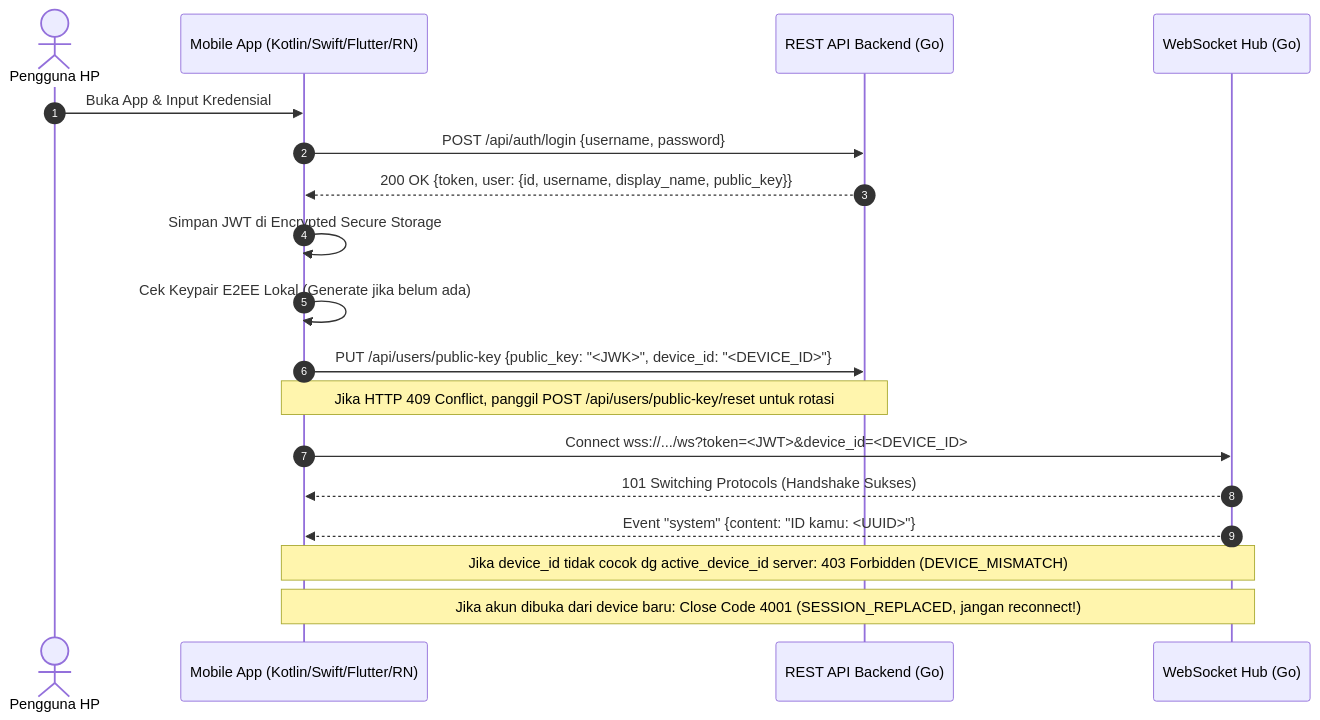
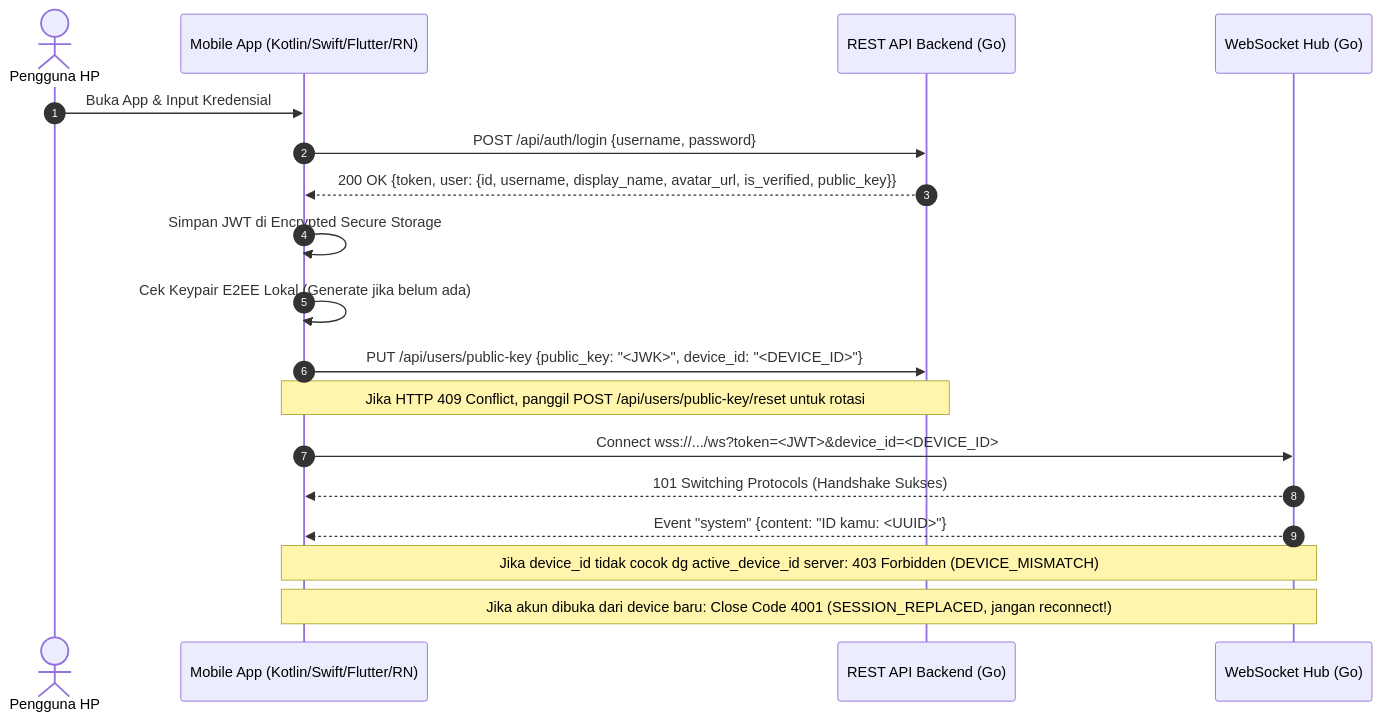
Before and after one commit to mhdarifsetiawan01/wuzz-chat: the diagram in docs/MOBILE_INTEGRATION_GUIDE.md, drawn with Mermaid. The commit also changed 20 other files, not shown here.

Commit message:
feat: redesign ProfileModal with AvatarStudio, VerifiedBadge, and real-time avatar sync

````diff
--- a/docs/MOBILE_INTEGRATION_GUIDE.md
+++ b/docs/MOBILE_INTEGRATION_GUIDE.md
@@ -28,21 +28,21 @@
 ```mermaid
 sequenceDiagram
     autonumber
     actor User as Pengguna HP
     participant App as Mobile App (Kotlin/Swift/Flutter/RN)
     participant REST as REST API Backend (Go)
     participant WS as WebSocket Hub (Go)
 
     User->>App: Buka App & Input Kredensial
     App->>REST: POST /api/auth/login {username, password}
-    REST-->>App: 200 OK {token, user: {id, username, display_name, public_key}}
+    REST-->>App: 200 OK {token, user: {id, username, display_name, avatar_url, is_verified, public_key}}
     App->>App: Simpan JWT di Encrypted Secure Storage
     App->>App: Cek Keypair E2EE Lokal (Generate jika belum ada)
     App->>REST: PUT /api/users/public-key {public_key: "<JWK>", device_id: "<DEVICE_ID>"}
     Note over App,REST: Jika HTTP 409 Conflict, panggil POST /api/users/public-key/reset untuk rotasi
     App->>WS: Connect wss://.../ws?token=<JWT>&device_id=<DEVICE_ID>
     WS-->>App: 101 Switching Protocols (Handshake Sukses)
     WS-->>App: Event "system" {content: "ID kamu: <UUID>"}
     Note over App,WS: Jika device_id tidak cocok dg active_device_id server: 403 Forbidden (DEVICE_MISMATCH)
     Note over App,WS: Jika akun dibuka dari device baru: Close Code 4001 (SESSION_REPLACED, jangan reconnect!)
 ```
````
